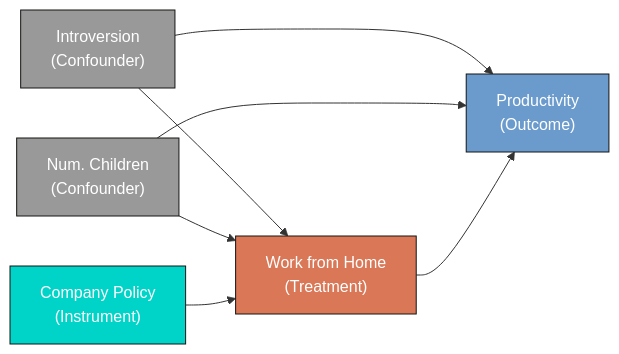
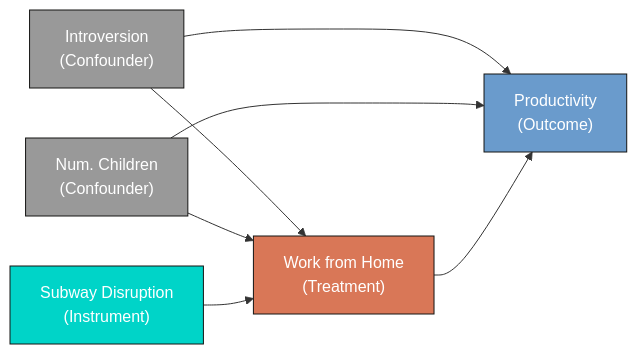
Before and after one commit to cmg777/starter-academic-v501: the second of 2 diagrams in content/post/python_dowhy_intro/index.md, drawn with Mermaid. The commit also changed other lines of this file and 4 other files, not shown here.

First line of the commit message:
Rename instrument from company_policy to subway_disruption

````diff
--- a/content/post/python_dowhy_intro/index.md
+++ b/content/post/python_dowhy_intro/index.md
@@ -228,14 +228,14 @@
 ```mermaid
 graph LR
     I["Introversion<br/>(Confounder)"] --> T["Work from Home<br/>(Treatment)"]
     I --> Y["Productivity<br/>(Outcome)"]
     C["Num. Children<br/>(Confounder)"] --> T
     C --> Y
-    Z["Company Policy<br/>(Instrument)"] --> T
+    Z["Subway Disruption<br/>(Instrument)"] --> T
     T --> Y
     style I fill:#999,stroke:#141413,color:#fff
     style C fill:#999,stroke:#141413,color:#fff
     style Z fill:#00d4c8,stroke:#141413,color:#fff
     style T fill:#d97757,stroke:#141413,color:#fff
     style Y fill:#6a9bcc,stroke:#141413,color:#fff
 ```
````
